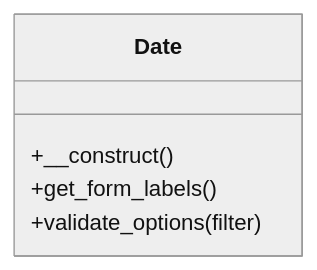
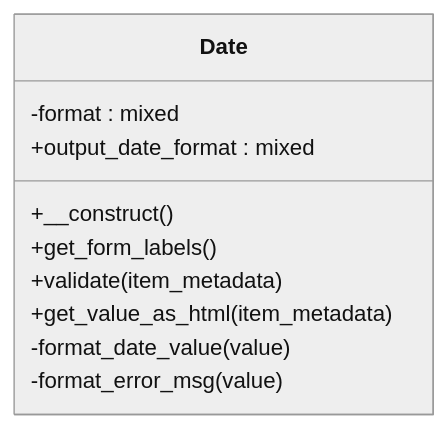
One commit to tainacan/tainacan changed the diagram in docs/phpdoc/classes/Tainacan/Metadata_Types/Date.md. Above: the diagram before and after it, drawn with Mermaid (neutral theme). The commit also changed 84 other files, not shown here.

````diff
--- a/docs/phpdoc/classes/Tainacan/Metadata_Types/Date.md
+++ b/docs/phpdoc/classes/Tainacan/Metadata_Types/Date.md
@@ -12,9 +12,14 @@
 ```mermaid
 classDiagram
     direction TB
     class Date {
+        -format : mixed
+        +output_date_format : mixed
         +__construct()
         +get_form_labels()
-        +validate_options(filter)
+        +validate(item_metadata)
+        +get_value_as_html(item_metadata)
+        -format_date_value(value)
+        -format_error_msg(value)
     }
 ```
````
